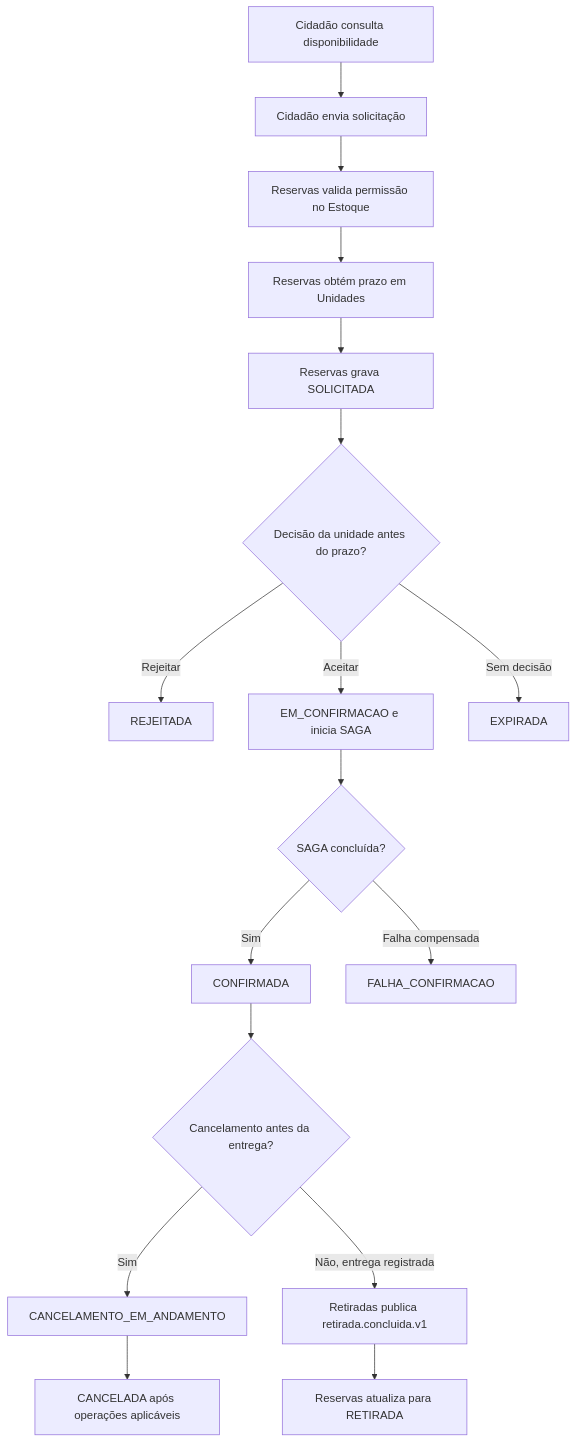
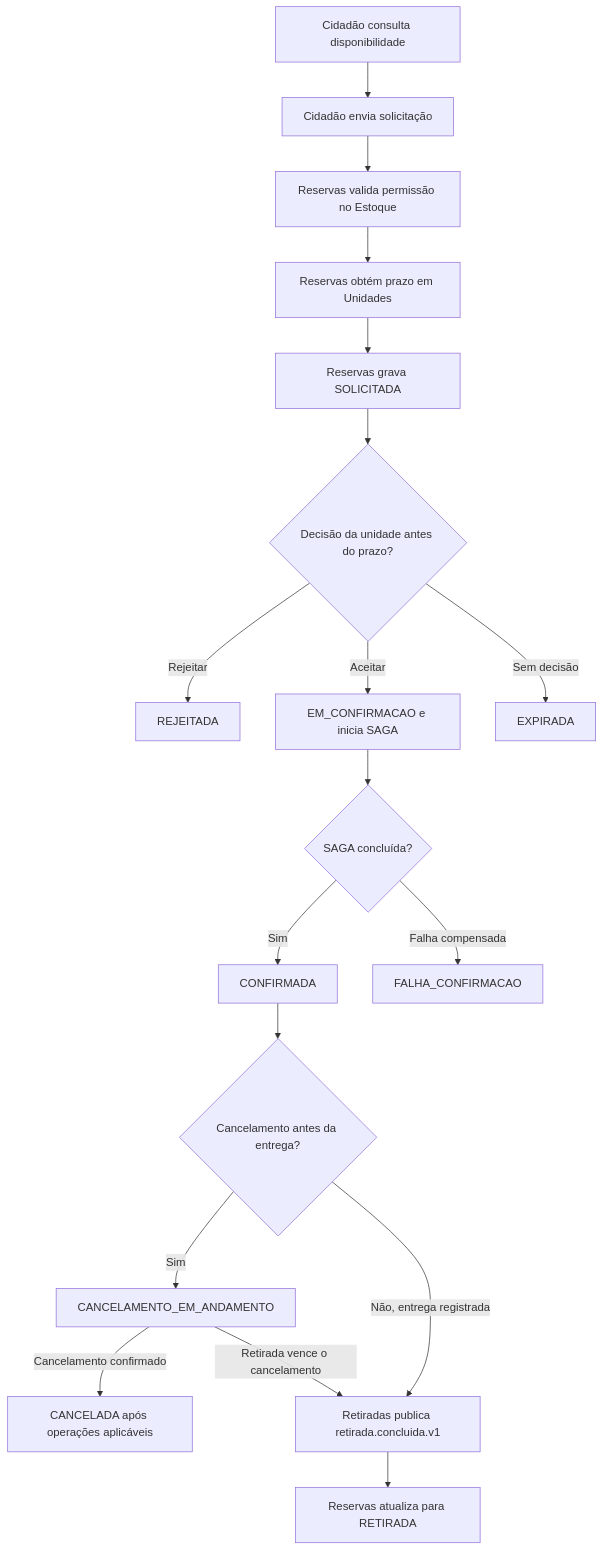
One commit to ArthurDp78/GlicoAcesso changed the diagram in docs/parte-2/03-fluxo-reservas.md. Above: the diagram before and after it, drawn with Mermaid. The commit also changed other lines of this file and 4 other files, not shown here.

Commit message:
fix: alinhar corrida entre cancelamento e retirada

````diff
--- a/docs/parte-2/03-fluxo-reservas.md
+++ b/docs/parte-2/03-fluxo-reservas.md
@@ -55,19 +55,20 @@
 ```mermaid
 flowchart TD
     A["Cidadão consulta disponibilidade"] --> B["Cidadão envia solicitação"]
     B --> C["Reservas valida permissão no Estoque"]
     C --> D["Reservas obtém prazo em Unidades"]
     D --> E["Reservas grava SOLICITADA"]
     E --> F{"Decisão da unidade antes do prazo?"}
     F -->|"Rejeitar"| G["REJEITADA"]
     F -->|"Aceitar"| H["EM_CONFIRMACAO e inicia SAGA"]
     F -->|"Sem decisão"| I["EXPIRADA"]
     H --> J{"SAGA concluída?"}
     J -->|"Sim"| K["CONFIRMADA"]
     J -->|"Falha compensada"| L["FALHA_CONFIRMACAO"]
     K --> M{"Cancelamento antes da entrega?"}
     M -->|"Sim"| N["CANCELAMENTO_EM_ANDAMENTO"]
-    N --> O["CANCELADA após operações aplicáveis"]
+    N -->|"Cancelamento confirmado"| O["CANCELADA após operações aplicáveis"]
     M -->|"Não, entrega registrada"| P["Retiradas publica retirada.concluida.v1"]
+    N -->|"Retirada vence o cancelamento"| P
     P --> Q["Reservas atualiza para RETIRADA"]
 ```
````
